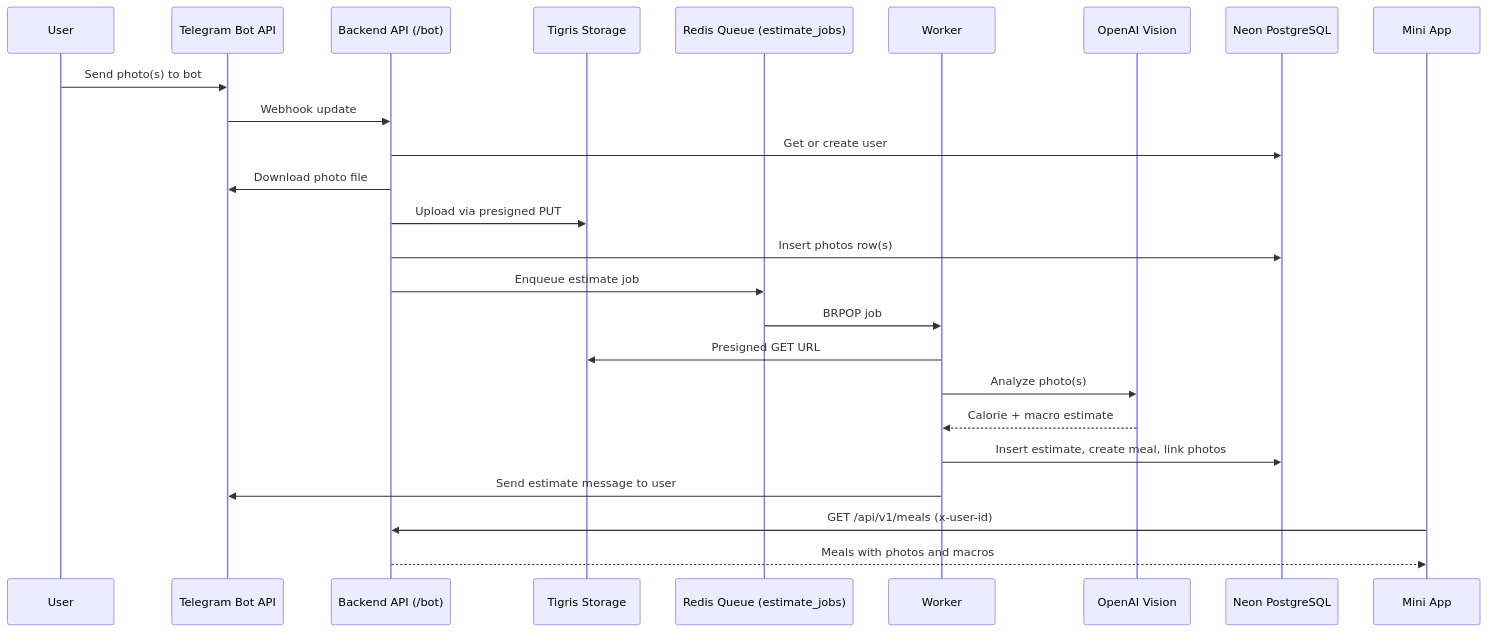
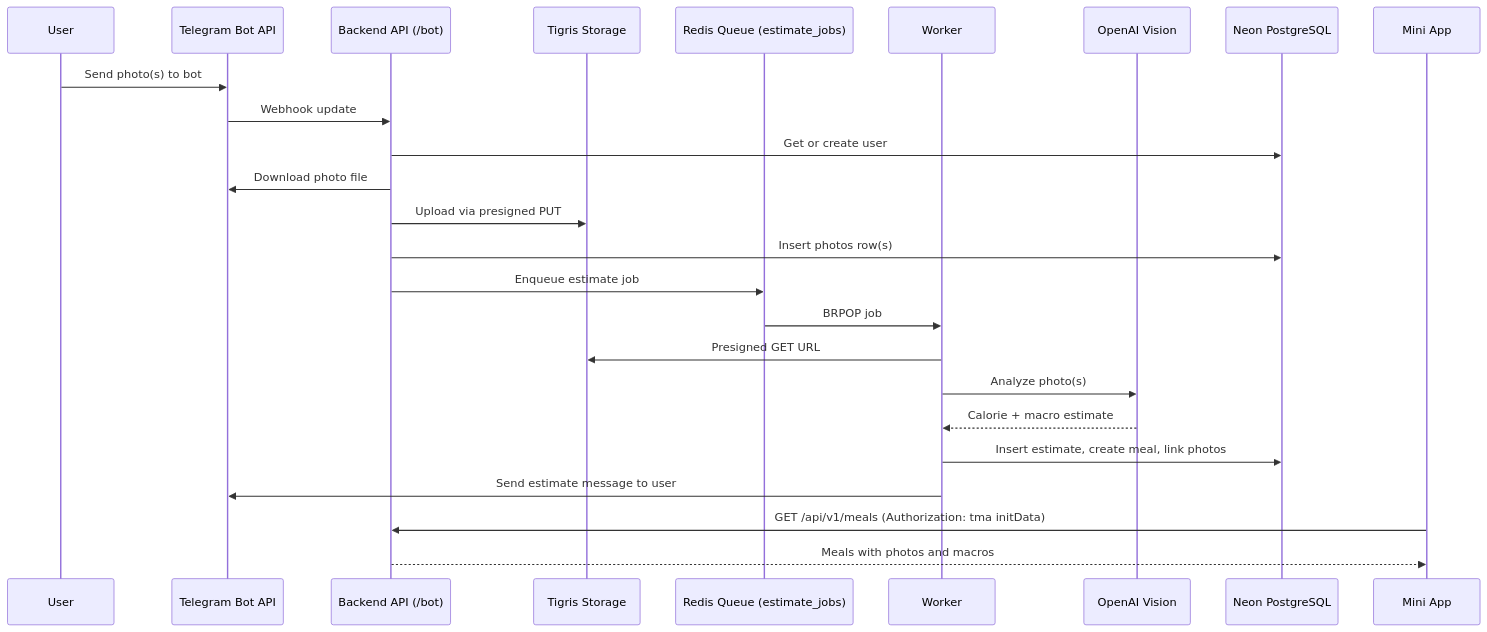
One commit to gofrolist/calorie-track-ai-bot-api changed the fifth of 14 diagrams in docs/ARCHITECTURE.md. Above: the diagram before and after it, drawn with Mermaid. The commit also changed other lines of this file and 7 other files, not shown here.

First line of the commit message:
docs: document Telegram initData authentication and rollout

````diff
--- a/docs/ARCHITECTURE.md
+++ b/docs/ARCHITECTURE.md
@@ -367,28 +367,28 @@
 ```mermaid
 sequenceDiagram
     participant U as User
     participant TG as Telegram Bot API
     participant API as Backend API (/bot)
     participant S3 as Tigris Storage
     participant Q as Redis Queue (estimate_jobs)
     participant W as Worker
     participant ML as OpenAI Vision
     participant DB as Neon PostgreSQL
     participant FE as Mini App
 
     U->>TG: Send photo(s) to bot
     TG->>API: Webhook update
     API->>DB: Get or create user
     API->>TG: Download photo file
     API->>S3: Upload via presigned PUT
     API->>DB: Insert photos row(s)
     API->>Q: Enqueue estimate job
     Q->>W: BRPOP job
     W->>S3: Presigned GET URL
     W->>ML: Analyze photo(s)
     ML-->>W: Calorie + macro estimate
     W->>DB: Insert estimate, create meal, link photos
     W->>TG: Send estimate message to user
-    FE->>API: GET /api/v1/meals (x-user-id)
+    FE->>API: GET /api/v1/meals (Authorization: tma initData)
     API-->>FE: Meals with photos and macros
 ```
````
